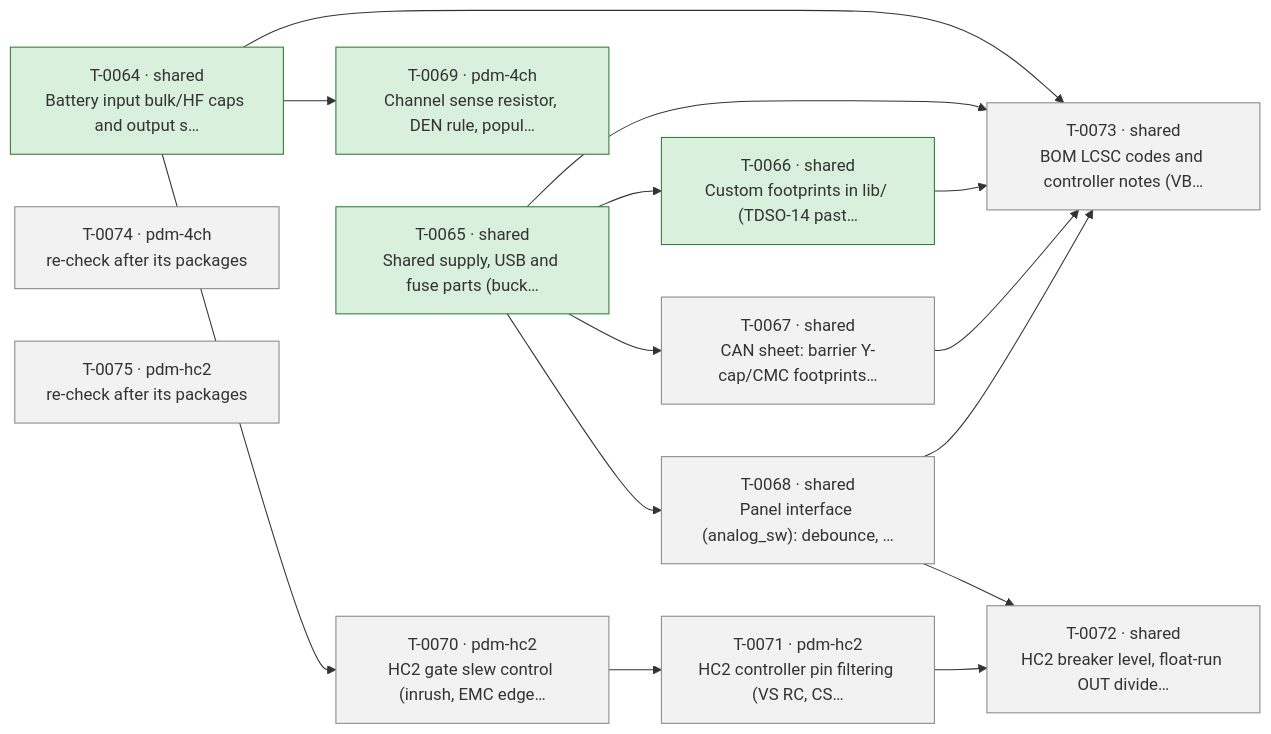
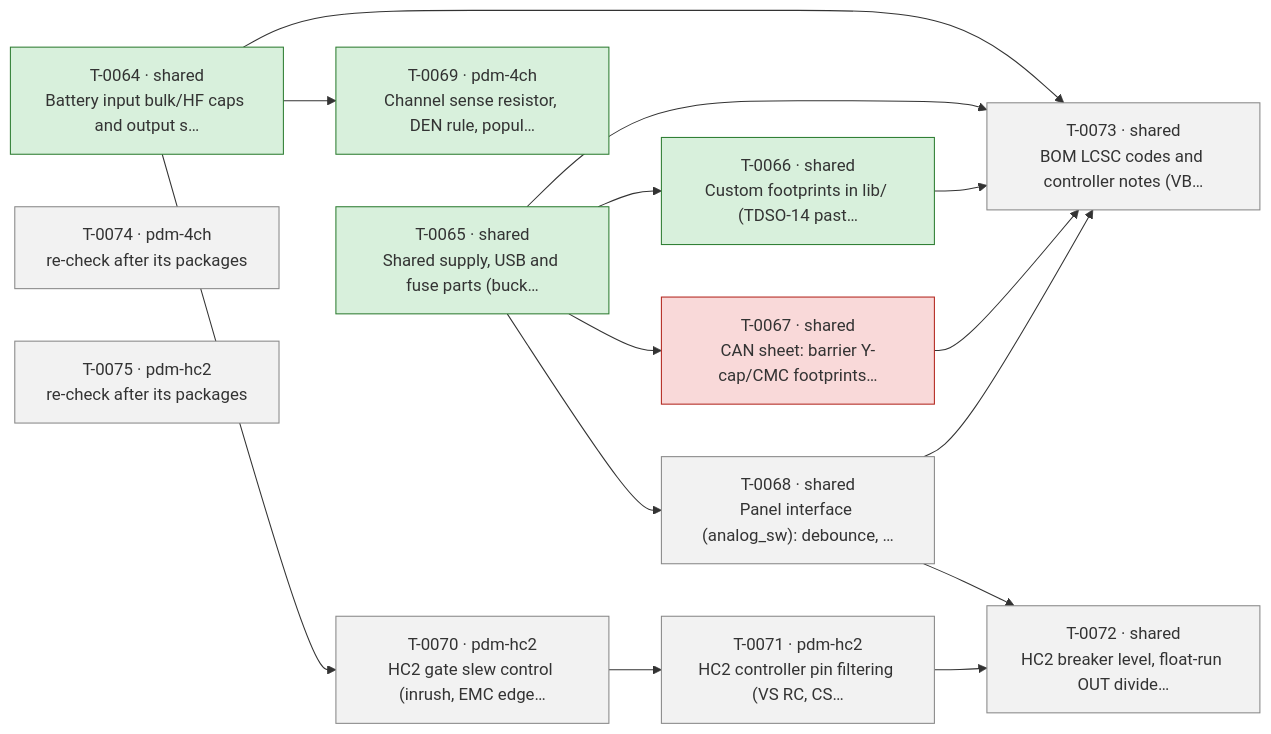
The diagram in docs/ROADMAP.md (plektra/ESP32-PDM), drawn with Mermaid before and after one commit. The commit also changed other lines of this file and 1 other file, not shown here.

First line of the commit message:
Auto: board-fixer shared (T-0067): failed

````diff
--- a/docs/ROADMAP.md
+++ b/docs/ROADMAP.md
@@ -18,32 +18,32 @@
 ```mermaid
 flowchart LR
   T0064["T-0064 · shared<br/>Battery input bulk/HF caps and output s…"]:::done
   T0065["T-0065 · shared<br/>Shared supply, USB and fuse parts (buck…"]:::done
   T0066["T-0066 · shared<br/>Custom footprints in lib/ (TDSO-14 past…"]:::done
-  T0067["T-0067 · shared<br/>CAN sheet: barrier Y-cap/CMC footprints…"]:::ready
+  T0067["T-0067 · shared<br/>CAN sheet: barrier Y-cap/CMC footprints…"]:::failed
   T0068["T-0068 · shared<br/>Panel interface (analog_sw): debounce, …"]:::ready
   T0069["T-0069 · pdm-4ch<br/>Channel sense resistor, DEN rule, popul…"]:::done
   T0070["T-0070 · pdm-hc2<br/>HC2 gate slew control (inrush, EMC edge…"]:::ready
   T0071["T-0071 · pdm-hc2<br/>HC2 controller pin filtering (VS RC, CS…"]:::ready
   T0072["T-0072 · shared<br/>HC2 breaker level, float-run OUT divide…"]:::ready
   T0073["T-0073 · shared<br/>BOM LCSC codes and controller notes (VB…"]:::ready
   T0074["T-0074 · pdm-4ch<br/>re-check after its packages"]:::ready
   T0075["T-0075 · pdm-hc2<br/>re-check after its packages"]:::ready
   T0065 --> T0066
   T0065 --> T0067
   T0065 --> T0068
   T0064 --> T0069
   T0064 --> T0070
   T0070 --> T0071
   T0068 --> T0072
   T0071 --> T0072
   T0064 --> T0073
   T0065 --> T0073
   T0066 --> T0073
   T0067 --> T0073
   T0068 --> T0073
   classDef done fill:#d8f0dc,stroke:#2e7d32
   classDef running fill:#d6e6ff,stroke:#1f5fbf
   classDef ready fill:#f2f2f2,stroke:#888
   classDef failed fill:#f9d9d9,stroke:#b3261e
 ```
````
